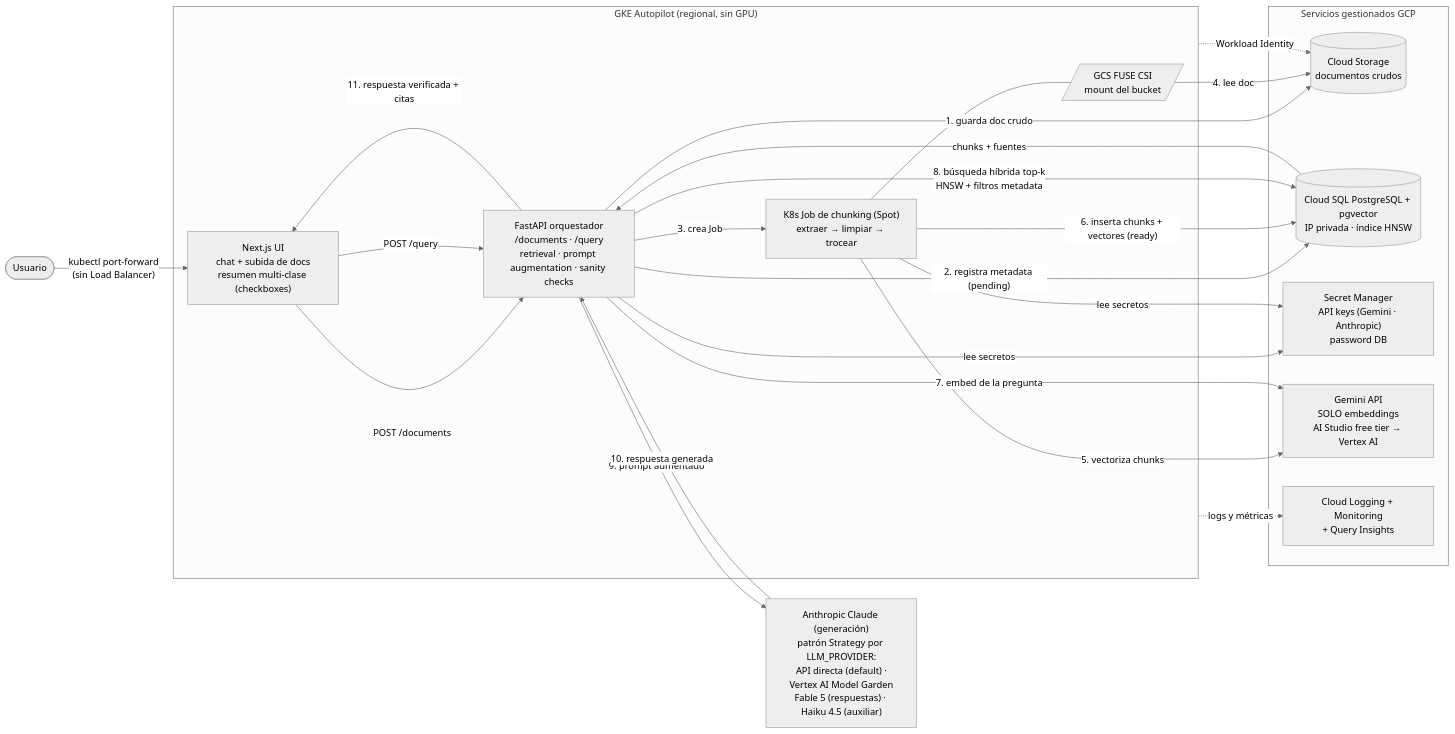
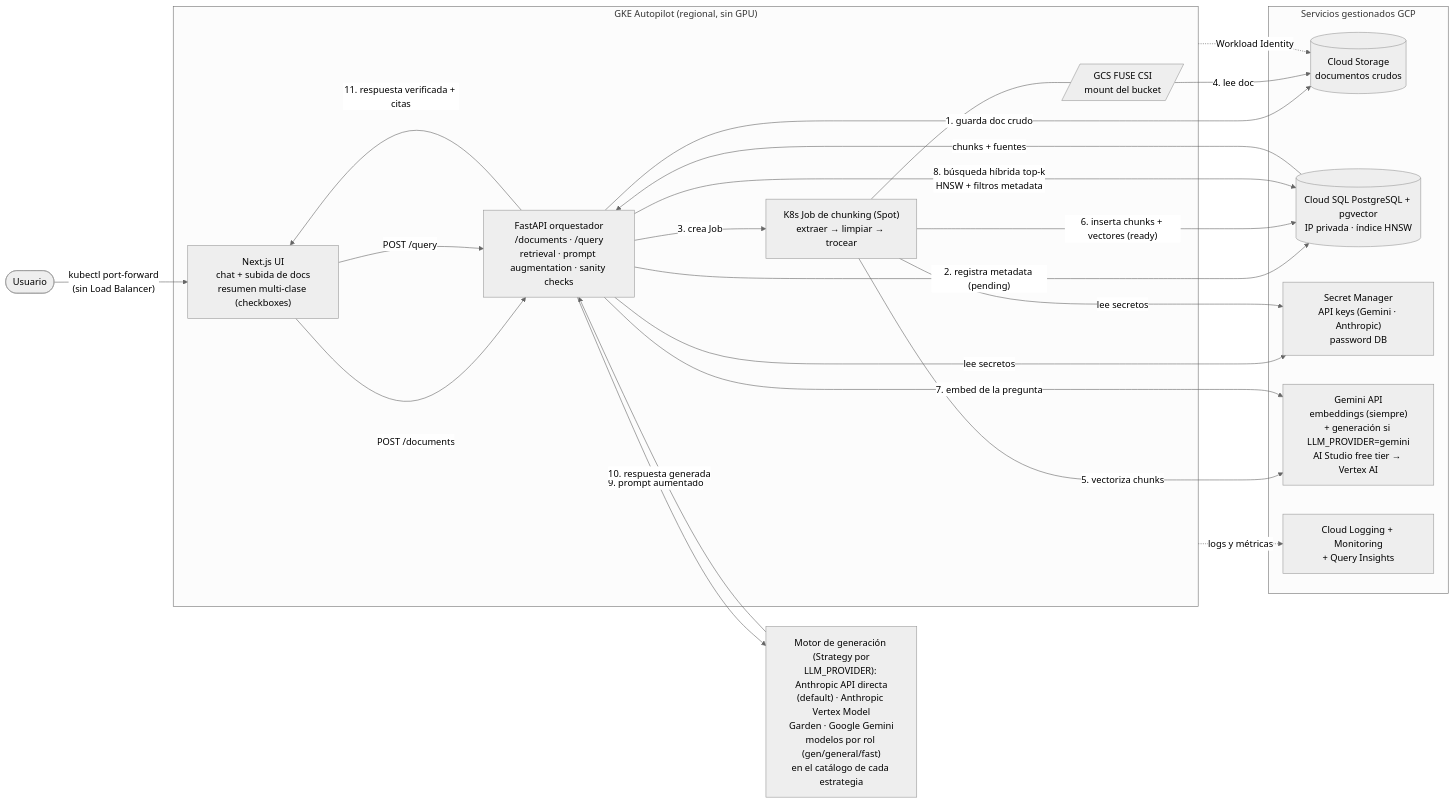
Before and after one commit to efraxpc/rag-university-learning: the diagram in diagram.mmd, drawn with Mermaid (neutral theme). The commit also changed 12 other files, not shown here.

Commit message:
feat: update LLM generation strategy to support Google Gemini and improve model selection process

```diff
--- a/diagram.mmd
+++ b/diagram.mmd
@@ -1,44 +1,44 @@
 flowchart LR
     U([Usuario]) -->|"kubectl port-forward<br/>(sin Load Balancer)"| FE
 
     subgraph GKE["GKE Autopilot (regional, sin GPU)"]
         FE["Next.js UI<br/>chat + subida de docs<br/>resumen multi-clase (checkboxes)"]
         API["FastAPI orquestador<br/>/documents · /query<br/>retrieval · prompt augmentation · sanity checks"]
         JOB["K8s Job de chunking (Spot)<br/>extraer → limpiar → trocear"]
         FUSE[/"GCS FUSE CSI<br/>mount del bucket"/]
     end
 
     subgraph GCP["Servicios gestionados GCP"]
         GCS[("Cloud Storage<br/>documentos crudos")]
         DB[("Cloud SQL PostgreSQL + pgvector<br/>IP privada · índice HNSW")]
         SM["Secret Manager<br/>API keys (Gemini · Anthropic)<br/>password DB"]
-        GEM["Gemini API<br/>SOLO embeddings<br/>AI Studio free tier → Vertex AI"]
+        GEM["Gemini API<br/>embeddings (siempre)<br/>+ generación si LLM_PROVIDER=gemini<br/>AI Studio free tier → Vertex AI"]
         OBS["Cloud Logging + Monitoring<br/>+ Query Insights"]
     end
 
-    LLM["Anthropic Claude (generación)<br/>patrón Strategy por LLM_PROVIDER:<br/>API directa (default) ·<br/>Vertex AI Model Garden<br/>Fable 5 (respuestas) · Haiku 4.5 (auxiliar)"]
+    LLM["Motor de generación (Strategy por<br/>LLM_PROVIDER): Anthropic API directa<br/>(default) · Anthropic Vertex Model<br/>Garden · Google Gemini<br/>modelos por rol (gen/general/fast)<br/>en el catálogo de cada estrategia"]
 
     %% Flujo A: ingesta (bajo demanda)
     FE -->|"POST /documents"| API
     API -->|"1. guarda doc crudo"| GCS
     API -->|"2. registra metadata (pending)"| DB
     API -->|"3. crea Job"| JOB
     JOB --- FUSE
     FUSE -->|"4. lee doc"| GCS
     JOB -->|"5. vectoriza chunks"| GEM
     JOB -->|"6. inserta chunks + vectores (ready)"| DB
 
     %% Flujo B: consulta (tiempo real)
     FE -->|"POST /query"| API
     API -->|"7. embed de la pregunta"| GEM
     API -->|"8. búsqueda híbrida top-k<br/>HNSW + filtros metadata"| DB
     DB -->|"chunks + fuentes"| API
     API -->|"9. prompt aumentado"| LLM
     LLM -->|"10. respuesta generada"| API
     API -->|"11. respuesta verificada + citas"| FE
 
     %% Transversal
     API -->|"lee secretos"| SM
     JOB -->|"lee secretos"| SM
     GKE -.->|"Workload Identity"| GCS
     GKE -.->|"logs y métricas"| OBS
```
